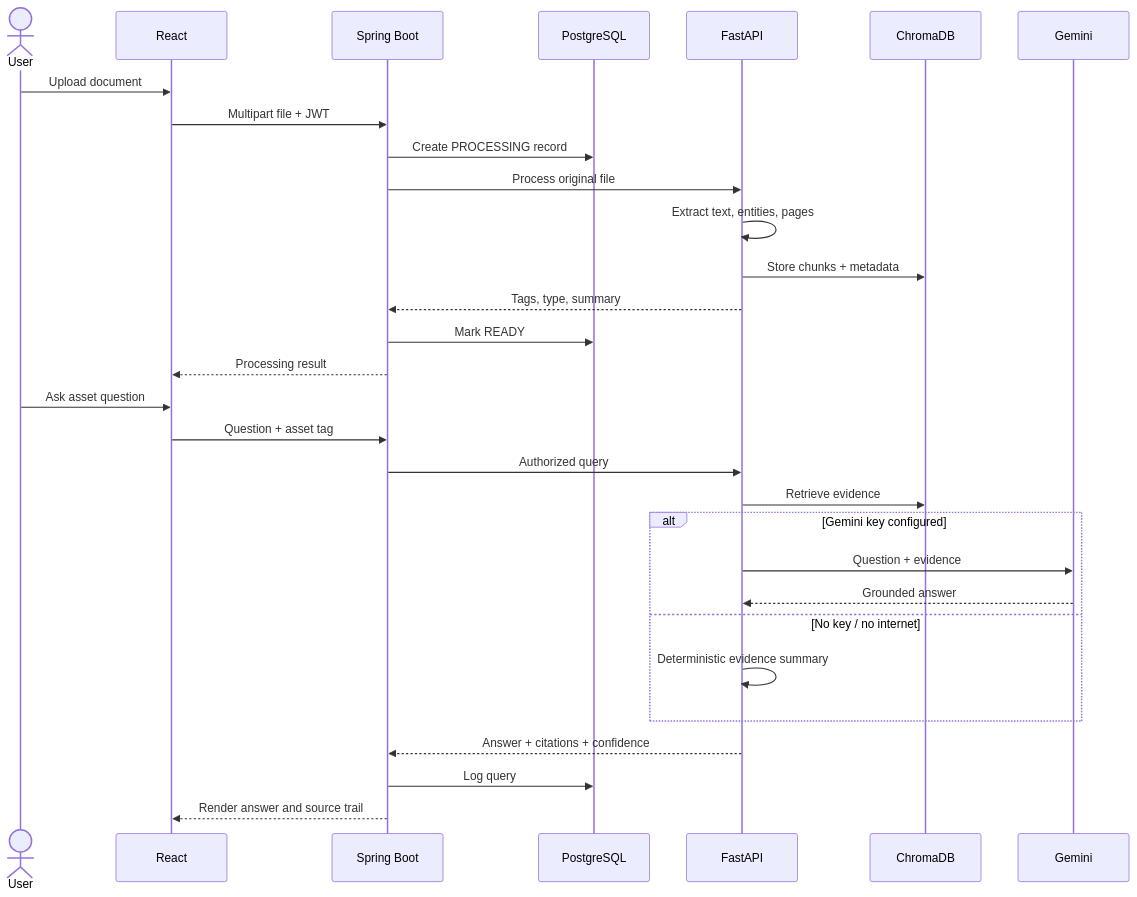
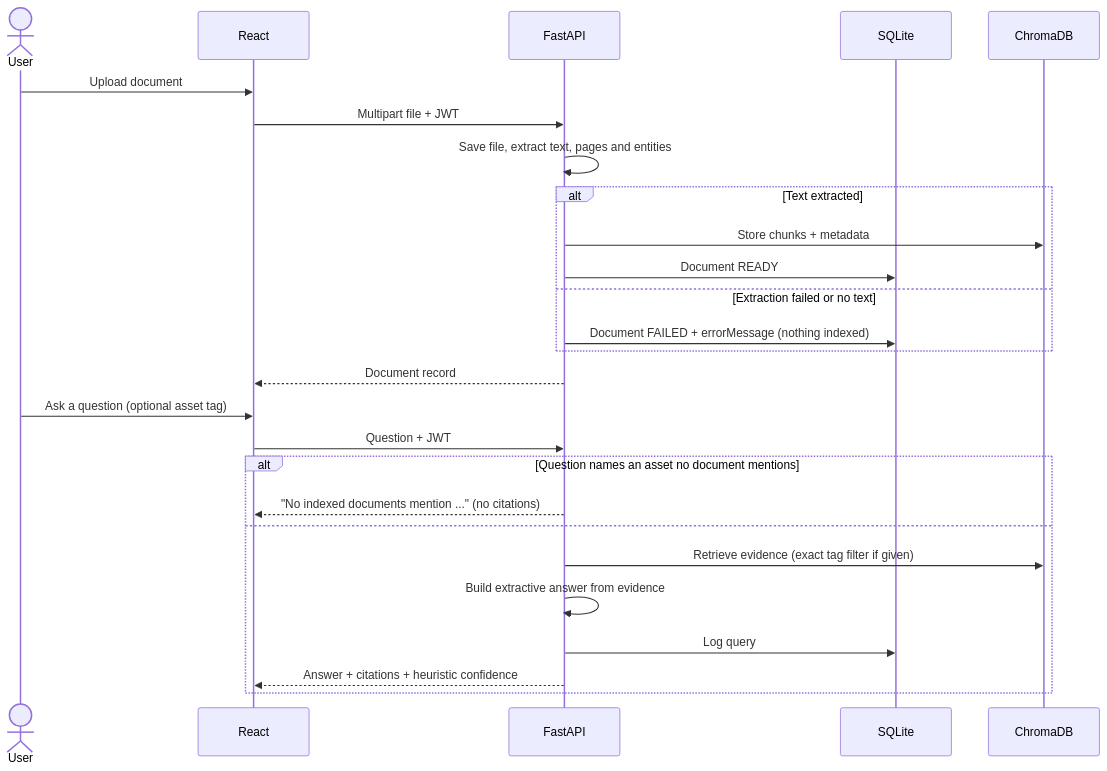
One commit to Balavigneshcse/IndustrialBrain changed the diagram in docs/architecture/data-flow.md. Above: the diagram before and after it, drawn with Mermaid. The commit also changed other lines of this file and 12 other files, not shown here.

````diff
--- a/docs/architecture/data-flow.md
+++ b/docs/architecture/data-flow.md
@@ -3,34 +3,30 @@
 ```mermaid
 sequenceDiagram
     actor User
     participant UI as React
-    participant API as Spring Boot
-    participant DB as PostgreSQL
-    participant AI as FastAPI
+    participant API as FastAPI
+    participant DB as SQLite
     participant V as ChromaDB
-    participant LLM as Gemini
 
     User->>UI: Upload document
     UI->>API: Multipart file + JWT
-    API->>DB: Create PROCESSING record
-    API->>AI: Process original file
-    AI->>AI: Extract text, entities, pages
-    AI->>V: Store chunks + metadata
-    AI-->>API: Tags, type, summary
-    API->>DB: Mark READY
-    API-->>UI: Processing result
+    API->>API: Save file, extract text, pages and entities
+    alt Text extracted
+        API->>V: Store chunks + metadata
+        API->>DB: Document READY
+    else Extraction failed or no text
+        API->>DB: Document FAILED + errorMessage (nothing indexed)
+    end
+    API-->>UI: Document record
 
-    User->>UI: Ask asset question
-    UI->>API: Question + asset tag
-    API->>AI: Authorized query
-    AI->>V: Retrieve evidence
-    alt Gemini key configured
-        AI->>LLM: Question + evidence
-        LLM-->>AI: Grounded answer
-    else No key / no internet
-        AI->>AI: Deterministic evidence summary
+    User->>UI: Ask a question (optional asset tag)
+    UI->>API: Question + JWT
+    alt Question names an asset no document mentions
+        API-->>UI: "No indexed documents mention ..." (no citations)
+    else
+        API->>V: Retrieve evidence (exact tag filter if given)
+        API->>API: Build extractive answer from evidence
+        API->>DB: Log query
+        API-->>UI: Answer + citations + heuristic confidence
     end
-    AI-->>API: Answer + citations + confidence
-    API->>DB: Log query
-    API-->>UI: Render answer and source trail
 ```
````
